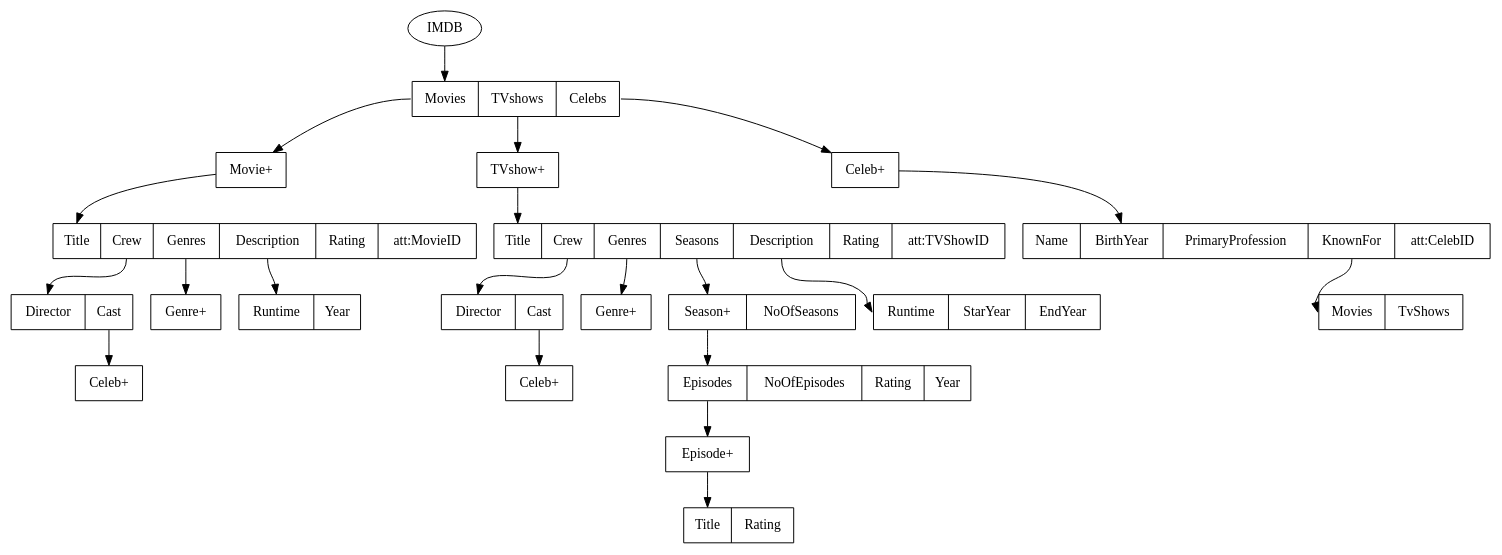
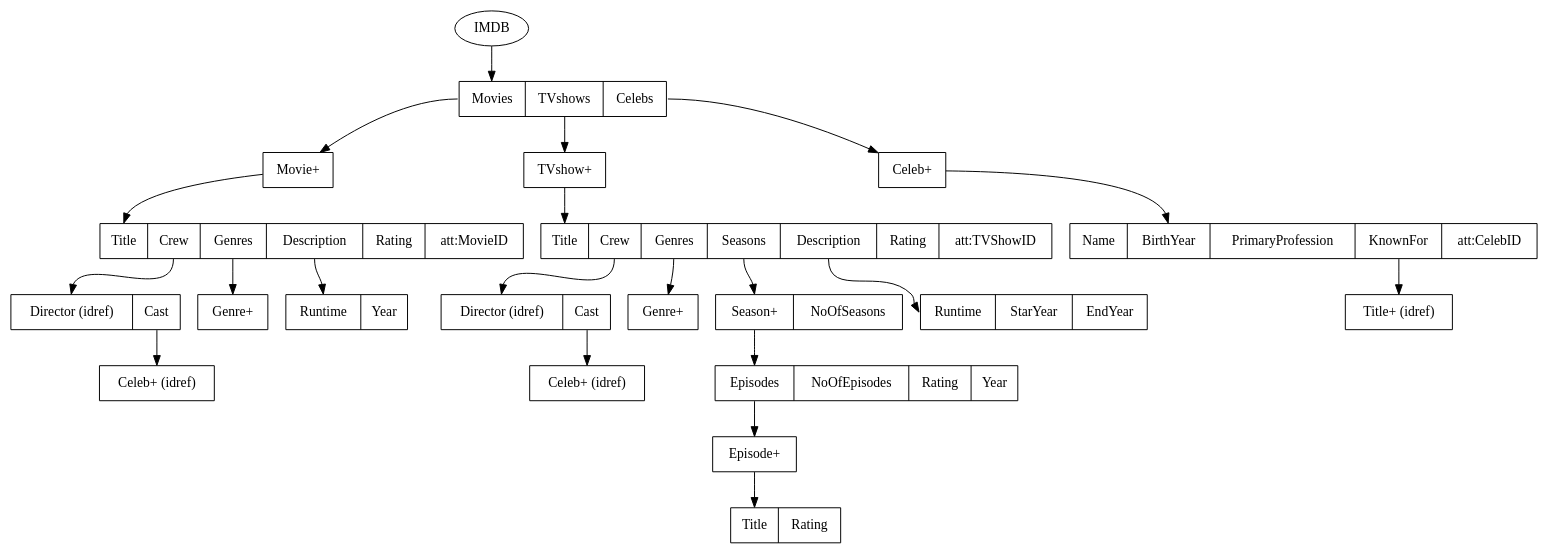
One commit to akhiln28/ontology_assignment1 changed the diagram in imdb.dot. Above: the diagram before and after it, drawn with Graphviz. The commit also changed 1 other file, not shown here.

```diff
--- a/imdb.dot
+++ b/imdb.dot
@@ -1,68 +1,68 @@
 digraph g{
     IMDB[label="IMDB"]
     IMDB_table[label = "<f0>Movies|<f1>TVshows| <f2> Celebs" shape = "record"]
     IMDB->IMDB_table:f0
 
     Movies_table[label = "Movie+" shape = "record"]
     IMDB_table:f0->Movies_table
 
     Movie_table[label = "<f0> Title| <f1>Crew| <f2> Genres| <f3> Description| <f4> Rating| <f5> att:MovieID" shape = "record"]
     Movies_table->Movie_table:f0
 
-    Crew_table[label="<f0> Director| <f1> Cast" shape = "record"]
+    Crew_table[label="<f0> Director (idref)| <f1> Cast" shape = "record"]
     Movie_table:f1->Crew_table:f0
 
-    Cast_table[label="Celeb+" shape = "record"]
+    Cast_table[label="Celeb+ (idref)" shape = "record"]
     Crew_table:f1->Cast_table
 
     Genres_table[label = "Genre+" shape = "record"]
     Movie_table:f2->Genres_table
 
     Description_table[label = "<f0> Runtime| <f1> Year" shape = "record"]
     Movie_table:f3->Description_table:f0
 
     // Sequels_table[label="Sequel+" shape = "record"]
     // Movie_table:f5->Sequels_table
 
     // Prequels_table[label = "Prequel+" shape = "record"]
     // Movie_table:f6->Prequels_table
 
     TVshows_table[label = "TVshow+" shape = "record"]
     IMDB_table:f1->TVshows_table
 
     TVshow_table[label = "<f0> Title| <f1> Crew| <f2> Genres| <f3> Seasons| <f4> Description| <f5> Rating| <f6> att:TVShowID" shape = "record"]
     TVshows_table->TVshow_table:f0
 
-    Crew_table2[label = "<f0> Director| <f1> Cast" shape = "record"]
+    Crew_table2[label = "<f0> Director (idref)| <f1> Cast" shape = "record"]
     TVshow_table:f1->Crew_table2:f0
 
-    Cast_table2[label="Celeb+" shape = "record"]
+    Cast_table2[label="Celeb+ (idref)" shape = "record"]
     Crew_table2:f1->Cast_table2
 
     Genres_table2[label = "Genre+" shape = "record"]
     TVshow_table:f2->Genres_table2
 
     Seasons_table[label = "<f0> Season+| <f1> NoOfSeasons" shape = "record"]    
     TVshow_table:f3->Seasons_table:f0
 
     Season_table[label = "<f0> Episodes| <f1> NoOfEpisodes| <f2> Rating| <f3> Year" shape = "record"]
     Seasons_table:f0->Season_table:f0
 
     Episodes_table[label = "Episode+" shape = "record"]
     Season_table:f0->Episodes_table
     
     Episode_table[label = "<f0> Title| <f1> Rating" shape = "record"]
     Episodes_table->Episode_table:f0
 
     Description_table2[label = "<f0> Runtime| <f1> StarYear| <f2> EndYear" shape = "record"]
     TVshow_table:f4->Description_table2:f0
 
     Actors_table[label = "Celeb+" shape = "record"]
     IMDB_table:f2->Actors_table
 
     Actor_table[label="<f0> Name| <f1> BirthYear| <f2> PrimaryProfession| <f3> KnownFor| att:CelebID" shape = "record"]
     Actors_table->Actor_table:f1
 
-    KnownFor_table[label = "<f0> Movies| <f1> TvShows" shape = "record"]
+    KnownFor_table[label = "<f0> Title+ (idref)" shape = "record"]
     Actor_table:f3->KnownFor_table:f0
 }
```
